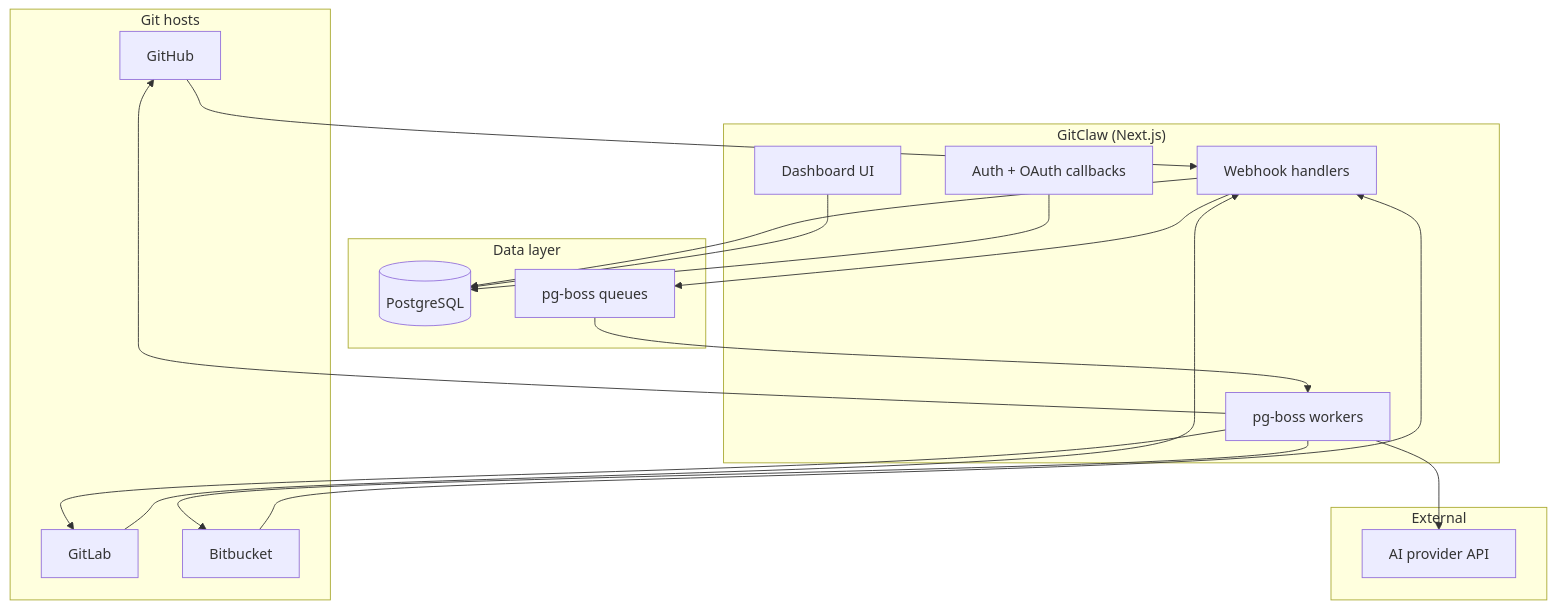
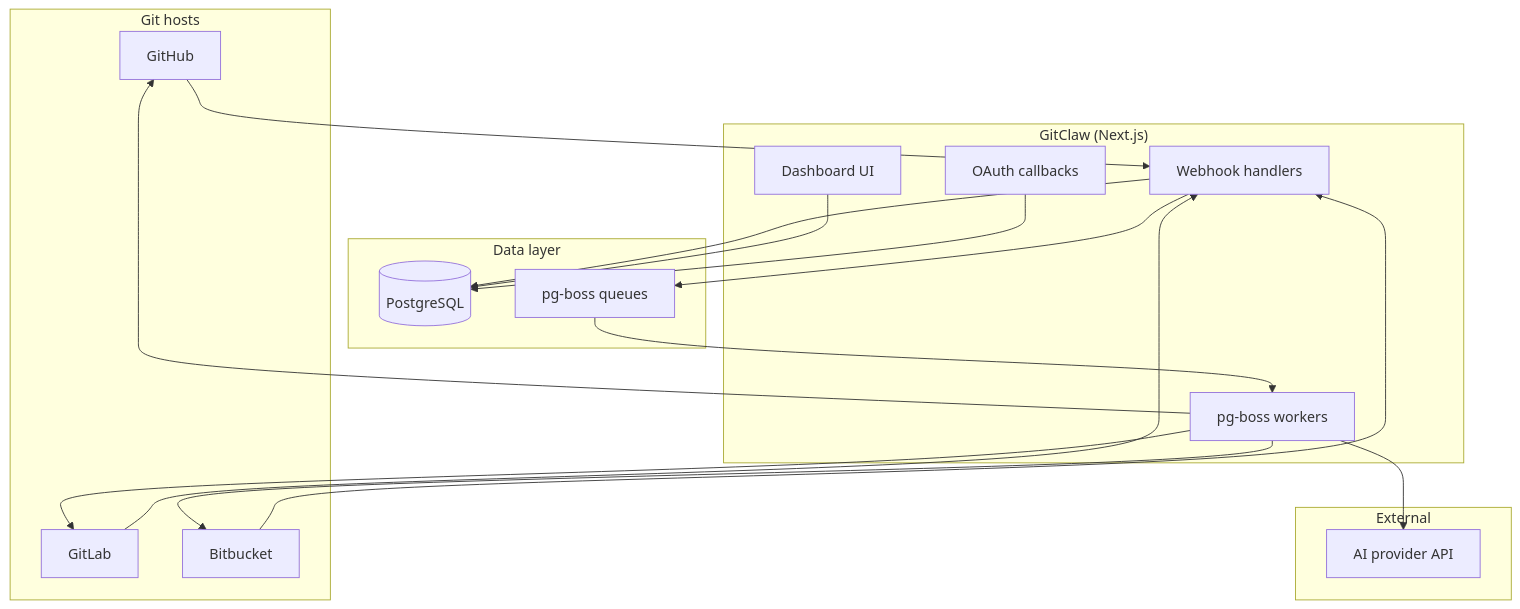
One commit to Abhivera/gitclaw changed the diagram in PRD.md. Above: the diagram before and after it, drawn with Mermaid. The commit also changed other lines of this file and 76 other files, not shown here.

````diff
--- a/PRD.md
+++ b/PRD.md
@@ -238,37 +240,37 @@
 ```mermaid
 flowchart TB
   subgraph Forge["Git hosts"]
     GH[GitHub]
     GL[GitLab]
     BB[Bitbucket]
   end
 
   subgraph App["GitClaw (Next.js)"]
     WH[Webhook handlers]
-    API[Auth + OAuth callbacks]
+    API[OAuth callbacks]
     DASH[Dashboard UI]
     WORK[pg-boss workers]
   end
 
   subgraph Data["Data layer"]
     PG[(PostgreSQL)]
     BOSS[pg-boss queues]
   end
 
   subgraph External["External"]
     AI[AI provider API]
   end
 
   GH --> WH
   GL --> WH
   BB --> WH
   WH --> PG
   WH --> BOSS
   BOSS --> WORK
   WORK --> AI
   WORK --> GH
   WORK --> GL
   WORK --> BB
   DASH --> PG
   API --> PG
 ```
````
